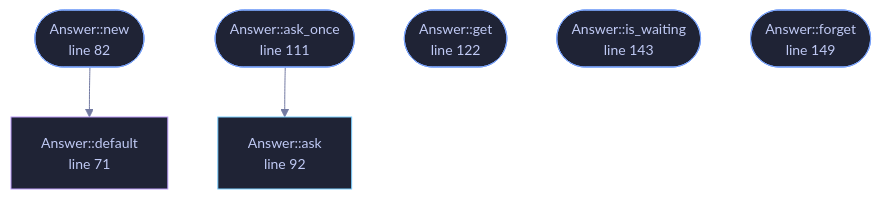
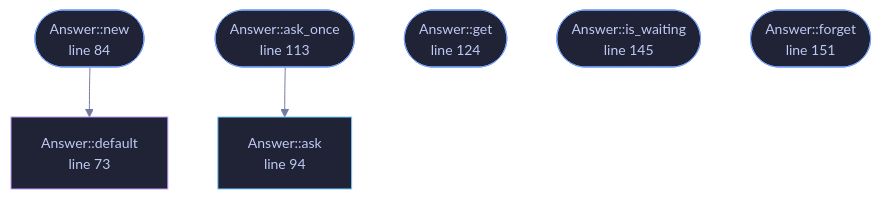
The diagram in docs/files/veilvoice-gui/offthread.md (tilas01/veilvoice), drawn with Mermaid before and after one commit. The commit also changed other lines of this file and 92 other files, not shown here.

````diff
--- a/docs/files/veilvoice-gui/offthread.md
+++ b/docs/files/veilvoice-gui/offthread.md
@@ -115,26 +117,26 @@
 ```mermaid
 %%{init: {"theme":"base","themeVariables":{"background":"#1a1b26","primaryColor":"#1f2335","primaryTextColor":"#c0caf5","primaryBorderColor":"#7aa2f7","secondaryColor":"#16161e","tertiaryColor":"#16161e","lineColor":"#737aa2","textColor":"#c0caf5","mainBkg":"#1f2335","nodeBorder":"#7aa2f7","clusterBkg":"#16161e","clusterBorder":"#2f3549","fontFamily":"ui-monospace, SFMono-Regular, Consolas, monospace","fontSize":"14px"}}}%%
 flowchart TD
-    n_default["Answer<T>::default<br/>line 71"]
-    n_new(["Answer<T>::new<br/>line 82"])
-    n_ask["Answer<T>::ask<br/>line 92"]
-    n_ask_once(["Answer<T>::ask_once<br/>line 111"])
-    n_get(["Answer<T>::get<br/>line 122"])
-    n_is_waiting(["Answer<T>::is_waiting<br/>line 143"])
-    n_forget(["Answer<T>::forget<br/>line 149"])
+    n_default["Answer<T>::default<br/>line 73"]
+    n_new(["Answer<T>::new<br/>line 84"])
+    n_ask["Answer<T>::ask<br/>line 94"]
+    n_ask_once(["Answer<T>::ask_once<br/>line 113"])
+    n_get(["Answer<T>::get<br/>line 124"])
+    n_is_waiting(["Answer<T>::is_waiting<br/>line 145"])
+    n_forget(["Answer<T>::forget<br/>line 151"])
     n_ask_once --> n_ask
     n_new --> n_default
-    click n_default href "https://github.com/tilas01/veilvoice/blob/main/crates/veilvoice-gui/src/offthread.rs#L71" "open the source"
-    click n_new href "https://github.com/tilas01/veilvoice/blob/main/crates/veilvoice-gui/src/offthread.rs#L82" "open the source"
-    click n_ask href "https://github.com/tilas01/veilvoice/blob/main/crates/veilvoice-gui/src/offthread.rs#L92" "open the source"
-    click n_ask_once href "https://github.com/tilas01/veilvoice/blob/main/crates/veilvoice-gui/src/offthread.rs#L111" "open the source"
-    click n_get href "https://github.com/tilas01/veilvoice/blob/main/crates/veilvoice-gui/src/offthread.rs#L122" "open the source"
-    click n_is_waiting href "https://github.com/tilas01/veilvoice/blob/main/crates/veilvoice-gui/src/offthread.rs#L143" "open the source"
-    click n_forget href "https://github.com/tilas01/veilvoice/blob/main/crates/veilvoice-gui/src/offthread.rs#L149" "open the source"
+    click n_default href "https://github.com/tilas01/veilvoice/blob/main/crates/veilvoice-gui/src/offthread.rs#L73" "open the source"
+    click n_new href "https://github.com/tilas01/veilvoice/blob/main/crates/veilvoice-gui/src/offthread.rs#L84" "open the source"
+    click n_ask href "https://github.com/tilas01/veilvoice/blob/main/crates/veilvoice-gui/src/offthread.rs#L94" "open the source"
+    click n_ask_once href "https://github.com/tilas01/veilvoice/blob/main/crates/veilvoice-gui/src/offthread.rs#L113" "open the source"
+    click n_get href "https://github.com/tilas01/veilvoice/blob/main/crates/veilvoice-gui/src/offthread.rs#L124" "open the source"
+    click n_is_waiting href "https://github.com/tilas01/veilvoice/blob/main/crates/veilvoice-gui/src/offthread.rs#L145" "open the source"
+    click n_forget href "https://github.com/tilas01/veilvoice/blob/main/crates/veilvoice-gui/src/offthread.rs#L151" "open the source"
     classDef entry fill:#1f2335,stroke:#7aa2f7,color:#c0caf5
     class n_new,n_ask_once,n_get,n_is_waiting,n_forget entry
     classDef api fill:#1f2335,stroke:#7dcfff,color:#c0caf5
     class n_ask api
     classDef helper fill:#1f2335,stroke:#bb9af7,color:#c0caf5
     class n_default helper
 ```
````
